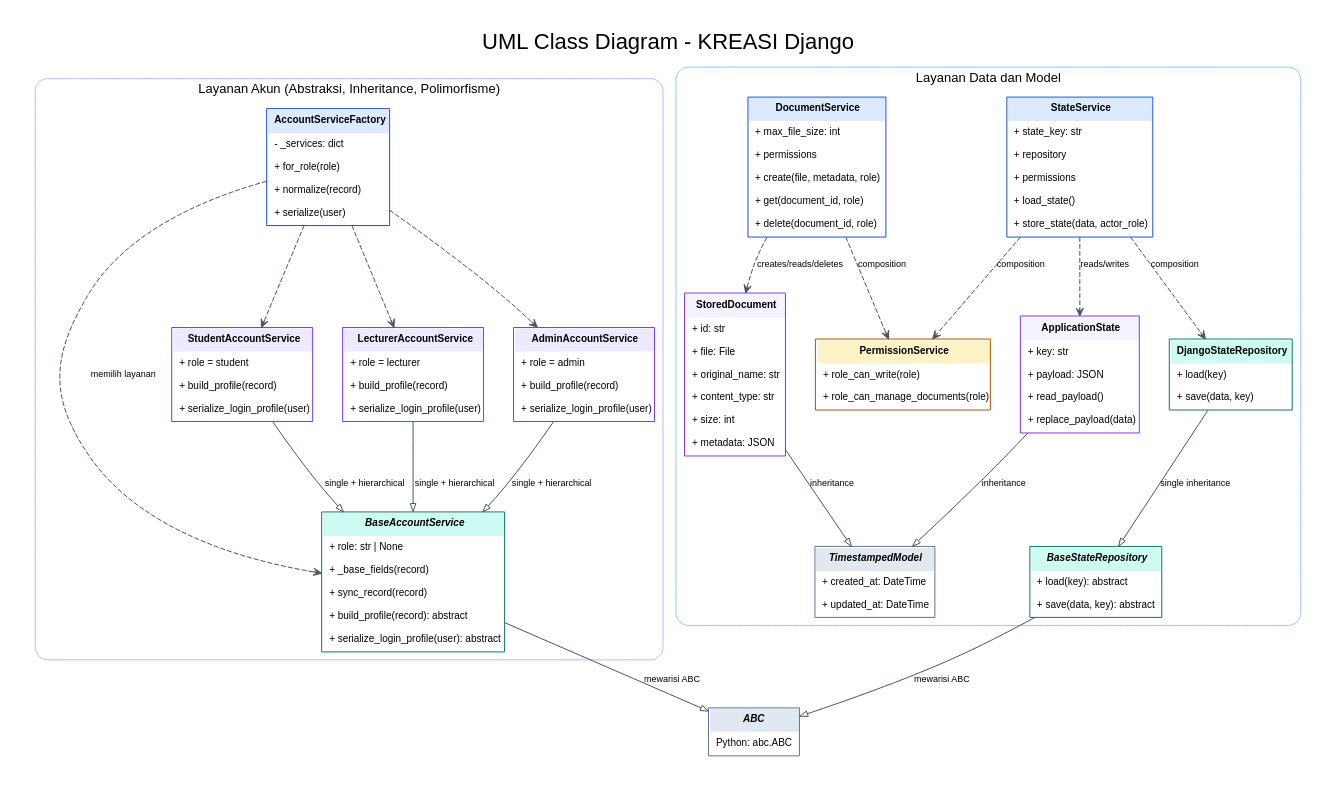
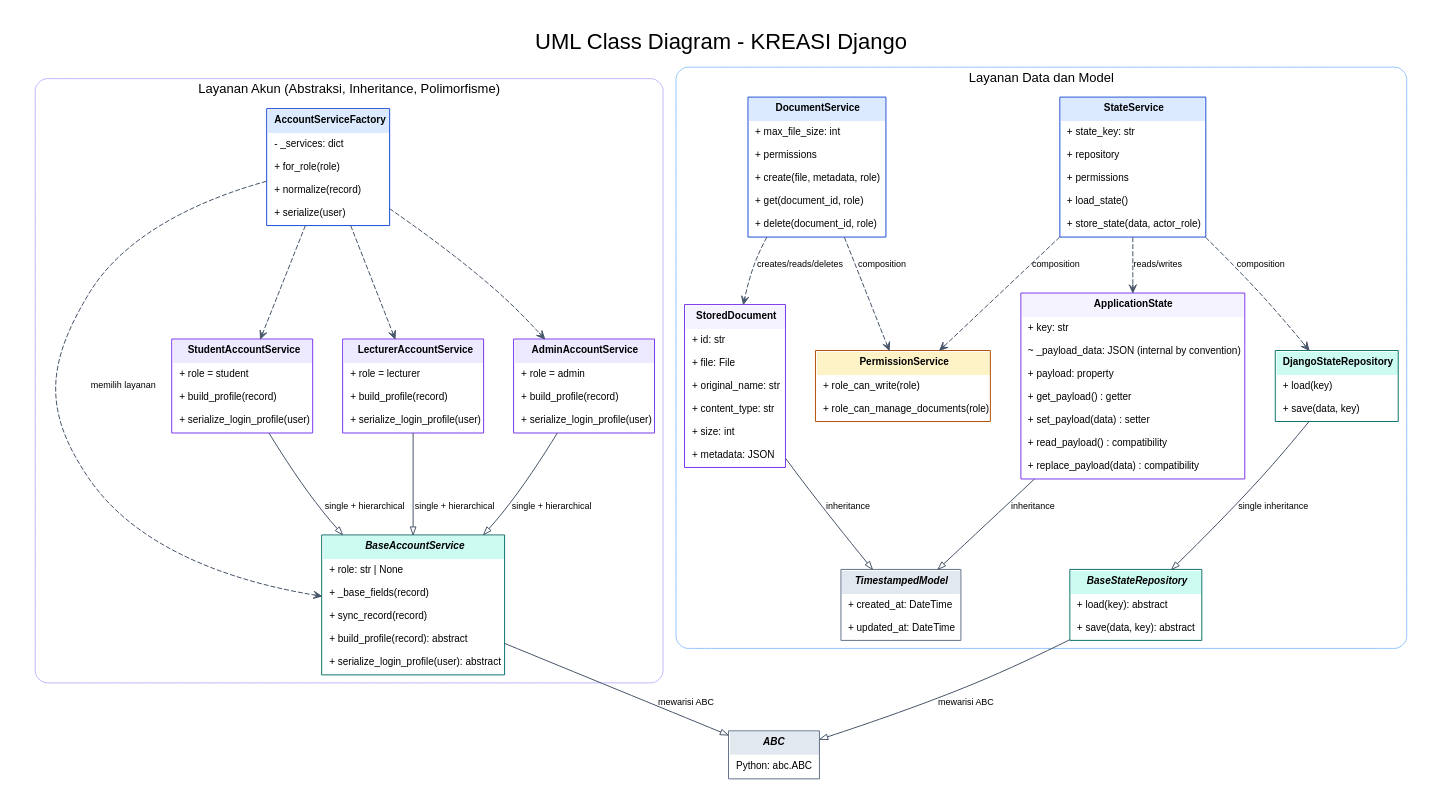
The diagram in docs/uml_class_diagram.dot (WAST3D-Git/KREASI---System-Kolaborasi-dan-Rekam-Jejak-Mahasiswa), drawn with Graphviz before and after one commit. The commit also changed 8 other files, not shown here.

```diff
--- a/docs/uml_class_diagram.dot
+++ b/docs/uml_class_diagram.dot
@@ -1,135 +1,137 @@
 digraph KREASI_UML {
   graph [rankdir=TB, bgcolor="white", pad="0.28", nodesep="0.42", ranksep="0.62", fontname="Arial", label="UML Class Diagram - KREASI Django", labelloc="t", fontsize=22, compound=true];
   node [shape=plain, fontname="Arial", fontsize=10];
   edge [fontname="Arial", fontsize=9, color="#475569", arrowsize=0.8];
 
   ABC [label=<
     <TABLE BORDER="1" CELLBORDER="0" CELLSPACING="0" CELLPADDING="6" COLOR="#64748B">
       <TR><TD BGCOLOR="#E2E8F0"><B><I>ABC</I></B></TD></TR>
       <TR><TD ALIGN="LEFT">Python: abc.ABC</TD></TR>
     </TABLE>>];
 
   subgraph cluster_accounts {
     label="Layanan Akun (Abstraksi, Inheritance, Polimorfisme)";
     color="#C4B5FD"; style="rounded"; fontname="Arial"; fontsize=13;
 
     BaseAccountService [label=<
       <TABLE BORDER="1" CELLBORDER="0" CELLSPACING="0" CELLPADDING="6" COLOR="#0F766E">
         <TR><TD BGCOLOR="#CCFBF1"><B><I>BaseAccountService</I></B></TD></TR>
         <TR><TD ALIGN="LEFT">+ role: str | None</TD></TR>
         <TR><TD ALIGN="LEFT">+ _base_fields(record)</TD></TR>
         <TR><TD ALIGN="LEFT">+ sync_record(record)</TD></TR>
         <TR><TD ALIGN="LEFT">+ build_profile(record): abstract</TD></TR>
         <TR><TD ALIGN="LEFT">+ serialize_login_profile(user): abstract</TD></TR>
       </TABLE>>];
 
     StudentAccountService [label=<
       <TABLE BORDER="1" CELLBORDER="0" CELLSPACING="0" CELLPADDING="6" COLOR="#7C3AED">
         <TR><TD BGCOLOR="#EDE9FE"><B>StudentAccountService</B></TD></TR>
         <TR><TD ALIGN="LEFT">+ role = student</TD></TR>
         <TR><TD ALIGN="LEFT">+ build_profile(record)</TD></TR>
         <TR><TD ALIGN="LEFT">+ serialize_login_profile(user)</TD></TR>
       </TABLE>>];
     LecturerAccountService [label=<
       <TABLE BORDER="1" CELLBORDER="0" CELLSPACING="0" CELLPADDING="6" COLOR="#7C3AED">
         <TR><TD BGCOLOR="#EDE9FE"><B>LecturerAccountService</B></TD></TR>
         <TR><TD ALIGN="LEFT">+ role = lecturer</TD></TR>
         <TR><TD ALIGN="LEFT">+ build_profile(record)</TD></TR>
         <TR><TD ALIGN="LEFT">+ serialize_login_profile(user)</TD></TR>
       </TABLE>>];
     AdminAccountService [label=<
       <TABLE BORDER="1" CELLBORDER="0" CELLSPACING="0" CELLPADDING="6" COLOR="#7C3AED">
         <TR><TD BGCOLOR="#EDE9FE"><B>AdminAccountService</B></TD></TR>
         <TR><TD ALIGN="LEFT">+ role = admin</TD></TR>
         <TR><TD ALIGN="LEFT">+ build_profile(record)</TD></TR>
         <TR><TD ALIGN="LEFT">+ serialize_login_profile(user)</TD></TR>
       </TABLE>>];
     AccountServiceFactory [label=<
       <TABLE BORDER="1" CELLBORDER="0" CELLSPACING="0" CELLPADDING="6" COLOR="#1D4ED8">
         <TR><TD BGCOLOR="#DBEAFE"><B>AccountServiceFactory</B></TD></TR>
         <TR><TD ALIGN="LEFT">- _services: dict</TD></TR>
         <TR><TD ALIGN="LEFT">+ for_role(role)</TD></TR>
         <TR><TD ALIGN="LEFT">+ normalize(record)</TD></TR>
         <TR><TD ALIGN="LEFT">+ serialize(user)</TD></TR>
       </TABLE>>];
     {rank=same; StudentAccountService; LecturerAccountService; AdminAccountService;}
   }
 
   subgraph cluster_data {
     label="Layanan Data dan Model";
     color="#93C5FD"; style="rounded"; fontname="Arial"; fontsize=13;
     BaseStateRepository [label=<
       <TABLE BORDER="1" CELLBORDER="0" CELLSPACING="0" CELLPADDING="6" COLOR="#0F766E">
         <TR><TD BGCOLOR="#CCFBF1"><B><I>BaseStateRepository</I></B></TD></TR>
         <TR><TD ALIGN="LEFT">+ load(key): abstract</TD></TR>
         <TR><TD ALIGN="LEFT">+ save(data, key): abstract</TD></TR>
       </TABLE>>];
     DjangoStateRepository [label=<
       <TABLE BORDER="1" CELLBORDER="0" CELLSPACING="0" CELLPADDING="6" COLOR="#0F766E">
         <TR><TD BGCOLOR="#CCFBF1"><B>DjangoStateRepository</B></TD></TR>
         <TR><TD ALIGN="LEFT">+ load(key)</TD></TR><TR><TD ALIGN="LEFT">+ save(data, key)</TD></TR>
       </TABLE>>];
     PermissionService [label=<
       <TABLE BORDER="1" CELLBORDER="0" CELLSPACING="0" CELLPADDING="6" COLOR="#B45309">
         <TR><TD BGCOLOR="#FEF3C7"><B>PermissionService</B></TD></TR>
         <TR><TD ALIGN="LEFT">+ role_can_write(role)</TD></TR>
         <TR><TD ALIGN="LEFT">+ role_can_manage_documents(role)</TD></TR>
       </TABLE>>];
     StateService [label=<
       <TABLE BORDER="1" CELLBORDER="0" CELLSPACING="0" CELLPADDING="6" COLOR="#1D4ED8">
         <TR><TD BGCOLOR="#DBEAFE"><B>StateService</B></TD></TR>
         <TR><TD ALIGN="LEFT">+ state_key: str</TD></TR>
         <TR><TD ALIGN="LEFT">+ repository</TD></TR><TR><TD ALIGN="LEFT">+ permissions</TD></TR>
         <TR><TD ALIGN="LEFT">+ load_state()</TD></TR><TR><TD ALIGN="LEFT">+ store_state(data, actor_role)</TD></TR>
       </TABLE>>];
     DocumentService [label=<
       <TABLE BORDER="1" CELLBORDER="0" CELLSPACING="0" CELLPADDING="6" COLOR="#1D4ED8">
         <TR><TD BGCOLOR="#DBEAFE"><B>DocumentService</B></TD></TR>
         <TR><TD ALIGN="LEFT">+ max_file_size: int</TD></TR>
         <TR><TD ALIGN="LEFT">+ permissions</TD></TR>
         <TR><TD ALIGN="LEFT">+ create(file, metadata, role)</TD></TR>
         <TR><TD ALIGN="LEFT">+ get(document_id, role)</TD></TR>
         <TR><TD ALIGN="LEFT">+ delete(document_id, role)</TD></TR>
       </TABLE>>];
     TimestampedModel [label=<
       <TABLE BORDER="1" CELLBORDER="0" CELLSPACING="0" CELLPADDING="6" COLOR="#64748B">
         <TR><TD BGCOLOR="#E2E8F0"><B><I>TimestampedModel</I></B></TD></TR>
         <TR><TD ALIGN="LEFT">+ created_at: DateTime</TD></TR><TR><TD ALIGN="LEFT">+ updated_at: DateTime</TD></TR>
       </TABLE>>];
     ApplicationState [label=<
       <TABLE BORDER="1" CELLBORDER="0" CELLSPACING="0" CELLPADDING="6" COLOR="#7C3AED">
         <TR><TD BGCOLOR="#F5F3FF"><B>ApplicationState</B></TD></TR>
-        <TR><TD ALIGN="LEFT">+ key: str</TD></TR><TR><TD ALIGN="LEFT">+ payload: JSON</TD></TR>
-        <TR><TD ALIGN="LEFT">+ read_payload()</TD></TR><TR><TD ALIGN="LEFT">+ replace_payload(data)</TD></TR>
+        <TR><TD ALIGN="LEFT">+ key: str</TD></TR><TR><TD ALIGN="LEFT">~ _payload_data: JSON (internal by convention)</TD></TR>
+        <TR><TD ALIGN="LEFT">+ payload: property</TD></TR>
+        <TR><TD ALIGN="LEFT">+ get_payload() : getter</TD></TR><TR><TD ALIGN="LEFT">+ set_payload(data) : setter</TD></TR>
+        <TR><TD ALIGN="LEFT">+ read_payload() : compatibility</TD></TR><TR><TD ALIGN="LEFT">+ replace_payload(data) : compatibility</TD></TR>
       </TABLE>>];
     StoredDocument [label=<
       <TABLE BORDER="1" CELLBORDER="0" CELLSPACING="0" CELLPADDING="6" COLOR="#7C3AED">
         <TR><TD BGCOLOR="#F5F3FF"><B>StoredDocument</B></TD></TR>
         <TR><TD ALIGN="LEFT">+ id: str</TD></TR><TR><TD ALIGN="LEFT">+ file: File</TD></TR>
         <TR><TD ALIGN="LEFT">+ original_name: str</TD></TR><TR><TD ALIGN="LEFT">+ content_type: str</TD></TR>
         <TR><TD ALIGN="LEFT">+ size: int</TD></TR><TR><TD ALIGN="LEFT">+ metadata: JSON</TD></TR>
       </TABLE>>];
   }
 
   # ABC adalah induk dari kontrak abstrak BaseAccountService dan BaseStateRepository.
   BaseAccountService -> ABC [arrowhead=empty, label="mewarisi ABC"];
   BaseStateRepository -> ABC [arrowhead=empty, label="mewarisi ABC"];
 
   # Pewarisan kelas akun: satu induk dengan tiga implementasi berbeda.
   StudentAccountService -> BaseAccountService [arrowhead=empty, label="single + hierarchical"];
   LecturerAccountService -> BaseAccountService [arrowhead=empty, label="single + hierarchical"];
   AdminAccountService -> BaseAccountService [arrowhead=empty, label="single + hierarchical"];
   AccountServiceFactory -> BaseAccountService [style=dashed, arrowhead=vee, label="memilih layanan"];
   AccountServiceFactory -> StudentAccountService [style=dashed, arrowhead=vee];
   AccountServiceFactory -> LecturerAccountService [style=dashed, arrowhead=vee];
   AccountServiceFactory -> AdminAccountService [style=dashed, arrowhead=vee];
 
   DjangoStateRepository -> BaseStateRepository [arrowhead=empty, label="single inheritance"];
   StateService -> DjangoStateRepository [style=dashed, arrowhead=vee, label="composition"];
   StateService -> PermissionService [style=dashed, arrowhead=vee, label="composition"];
   DocumentService -> PermissionService [style=dashed, arrowhead=vee, label="composition"];
   StateService -> ApplicationState [style=dashed, arrowhead=vee, label="reads/writes"];
   DocumentService -> StoredDocument [style=dashed, arrowhead=vee, label="creates/reads/deletes"];
   ApplicationState -> TimestampedModel [arrowhead=empty, label="inheritance"];
   StoredDocument -> TimestampedModel [arrowhead=empty, label="inheritance"];
 }
```
